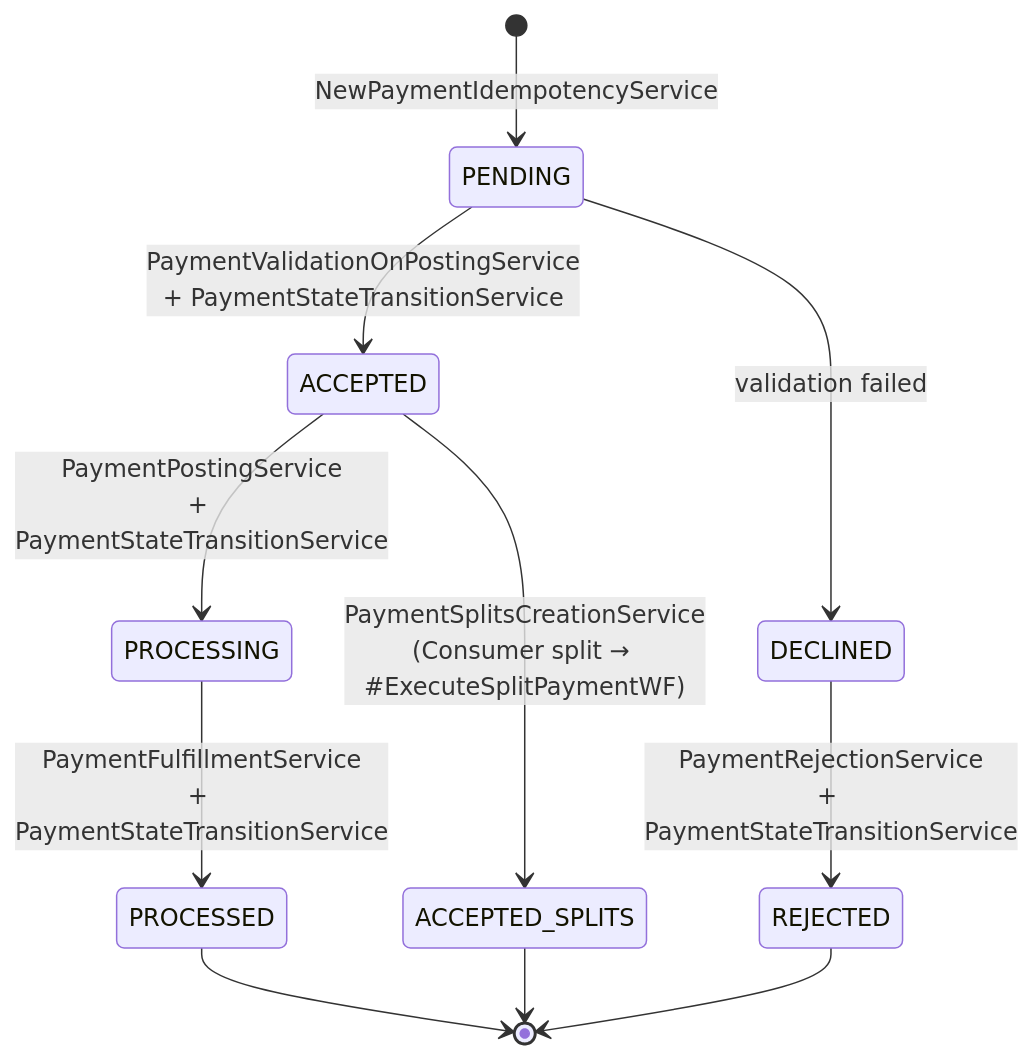
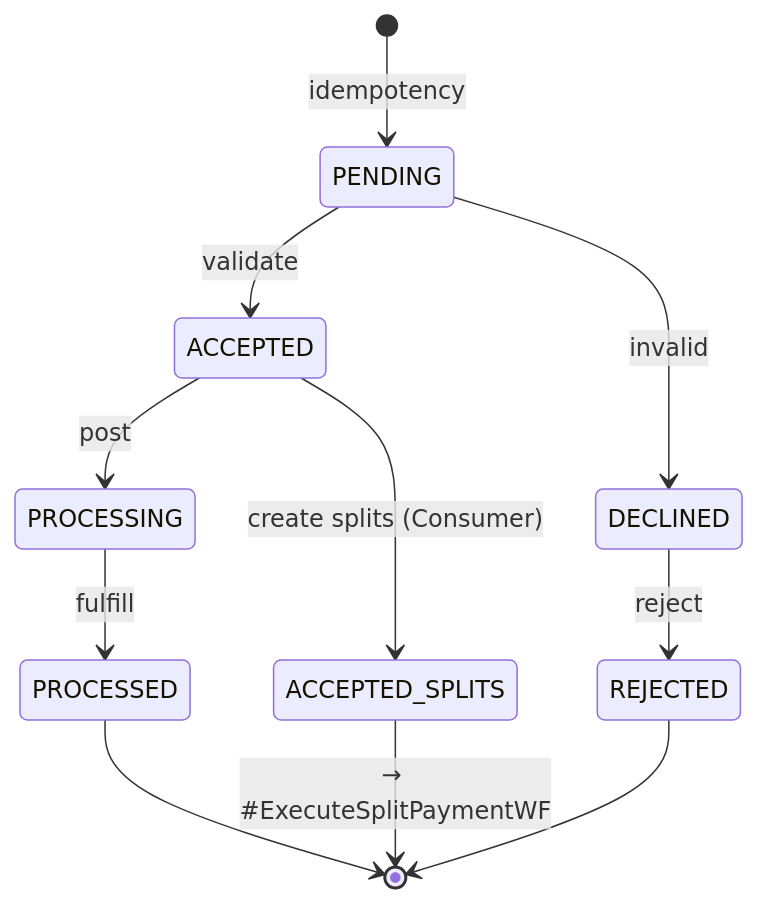
Before and after one commit to arunav-bhattacharya/billpay-docs: the tenth of 11 diagrams in docs/diagrams/state-diagrams.md, drawn with Mermaid. The commit also changed other lines of this file and 4 other files, not shown here.

Commit message:
Enhance Mermaid diagram styling and configuration for JetBrains Mono font

````diff
--- a/docs/diagrams/state-diagrams.md
+++ b/docs/diagrams/state-diagrams.md
@@ -169,16 +227,16 @@
 ```mermaid
 stateDiagram-v2
-  [*] --> PENDING: NewPaymentIdempotencyService
-  PENDING --> ACCEPTED: PaymentValidationOnPostingService<br/>+ PaymentStateTransitionService
-  PENDING --> DECLINED: validation failed
+  [*] --> PENDING: idempotency
+  PENDING --> ACCEPTED: validate
+  PENDING --> DECLINED: invalid
 
-  ACCEPTED --> PROCESSING: PaymentPostingService<br/>+ PaymentStateTransitionService
-  PROCESSING --> PROCESSED: PaymentFulfillmentService<br/>+ PaymentStateTransitionService
+  ACCEPTED --> PROCESSING: post
+  PROCESSING --> PROCESSED: fulfill
 
-  ACCEPTED --> ACCEPTED_SPLITS: PaymentSplitsCreationService<br/>(Consumer split → #ExecuteSplitPaymentWF)
-  ACCEPTED_SPLITS --> [*]
+  ACCEPTED --> ACCEPTED_SPLITS: create splits (Consumer)
+  ACCEPTED_SPLITS --> [*]: → #ExecuteSplitPaymentWF
 
-  DECLINED --> REJECTED: PaymentRejectionService<br/>+ PaymentStateTransitionService
+  DECLINED --> REJECTED: reject
   REJECTED --> [*]
   PROCESSED --> [*]
 ```
````
